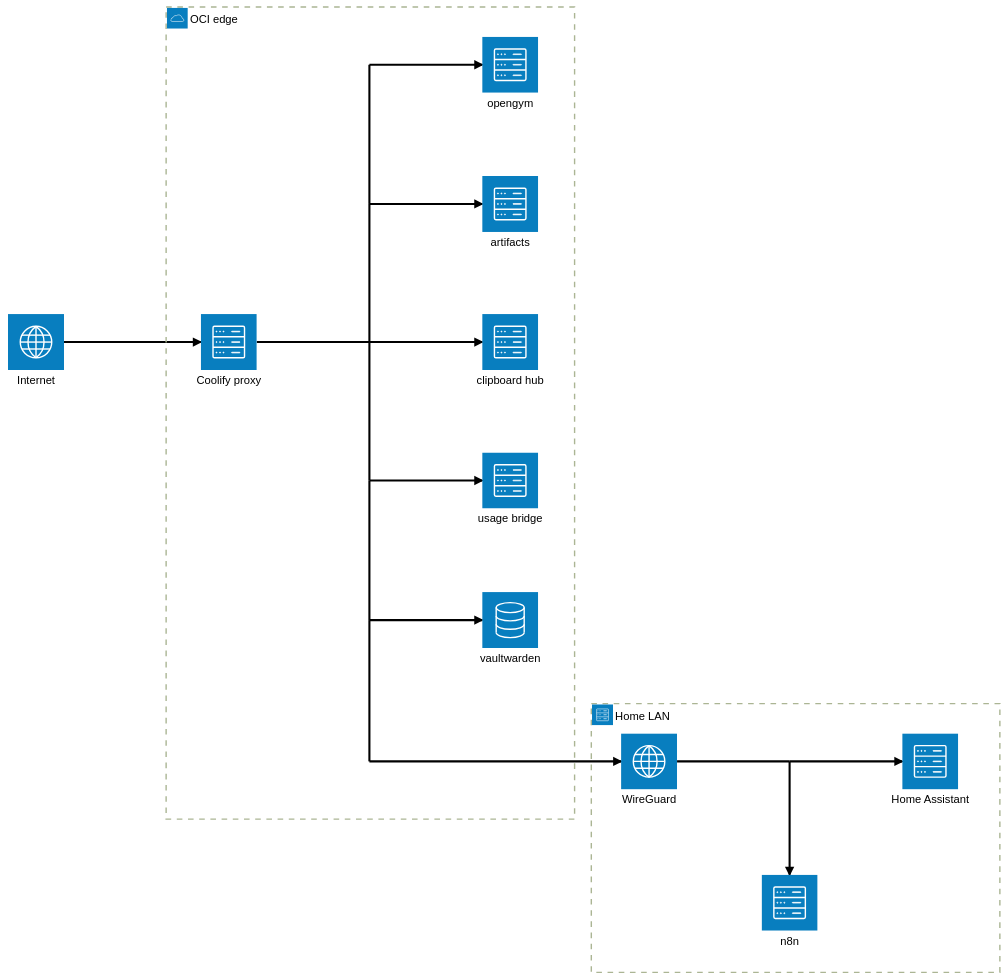
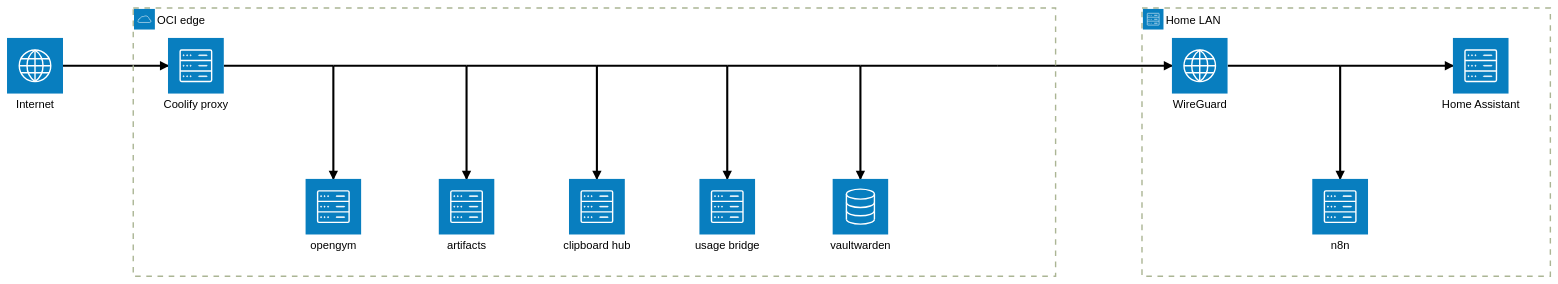
One commit to omo-dori/.github changed the diagram in profile/README.md. Above: the diagram before and after it, drawn with Mermaid (forest theme).

Commit message:
docs: 인프라 구성도를 가로 배치로

````diff
--- a/profile/README.md
+++ b/profile/README.md
@@ -9,41 +9,41 @@
 ```mermaid
 architecture-beta
     service internet(internet)[Internet]
 
     group oci(cloud)[OCI edge]
     service proxy(server)[Coolify proxy] in oci
     junction j1 in oci
     junction j2 in oci
     junction j3 in oci
     junction j4 in oci
     junction j5 in oci
     junction j6 in oci
     service opengym(server)[opengym] in oci
     service artifacts(server)[artifacts] in oci
     service hub(server)[clipboard hub] in oci
     service bridge(server)[usage bridge] in oci
     service vault(database)[vaultwarden] in oci
 
     group home(server)[Home LAN]
     service wg(internet)[WireGuard] in home
     junction h1 in home
     service ha(server)[Home Assistant] in home
     service n8n(server)[n8n] in home
 
     internet:R --> L:proxy
-    proxy:R -- L:j3
-    j3:T -- B:j2
-    j2:T -- B:j1
-    j3:B -- T:j4
-    j4:B -- T:j5
-    j5:B -- T:j6
-    j1:R --> L:opengym
-    j2:R --> L:artifacts
-    j3:R --> L:hub
-    j4:R --> L:bridge
-    j5:R --> L:vault
+    proxy:R -- L:j1
+    j1:R -- L:j2
+    j2:R -- L:j3
+    j3:R -- L:j4
+    j4:R -- L:j5
+    j5:R -- L:j6
+    j1:B --> T:opengym
+    j2:B --> T:artifacts
+    j3:B --> T:hub
+    j4:B --> T:bridge
+    j5:B --> T:vault
     j6:R --> L:wg
     wg:R -- L:h1
     h1:R --> L:ha
     h1:B --> T:n8n
 ```
````
